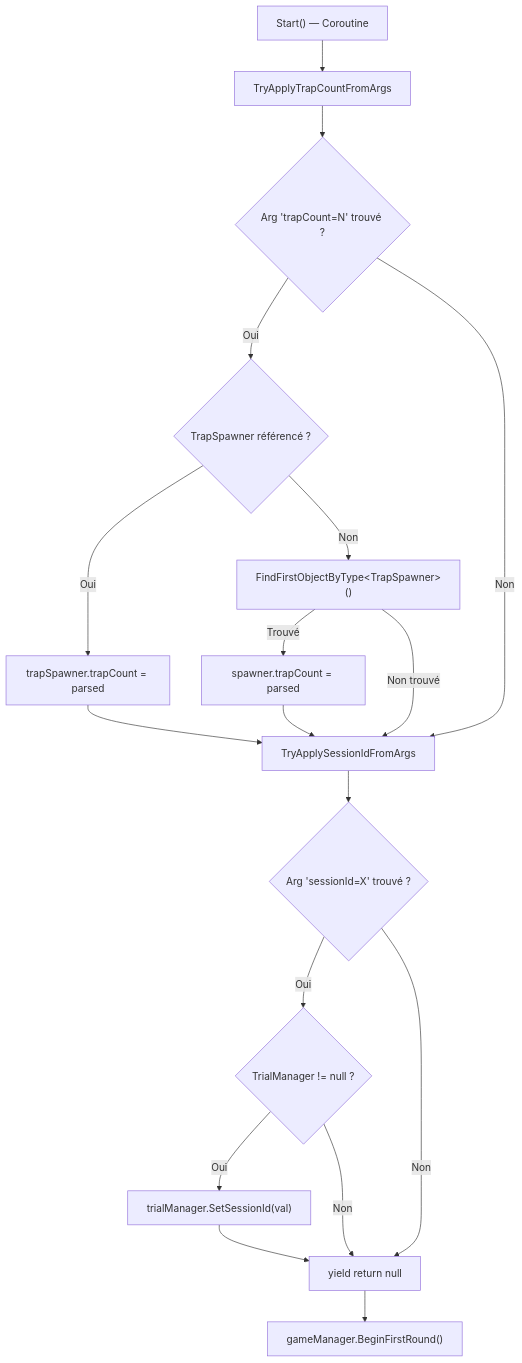
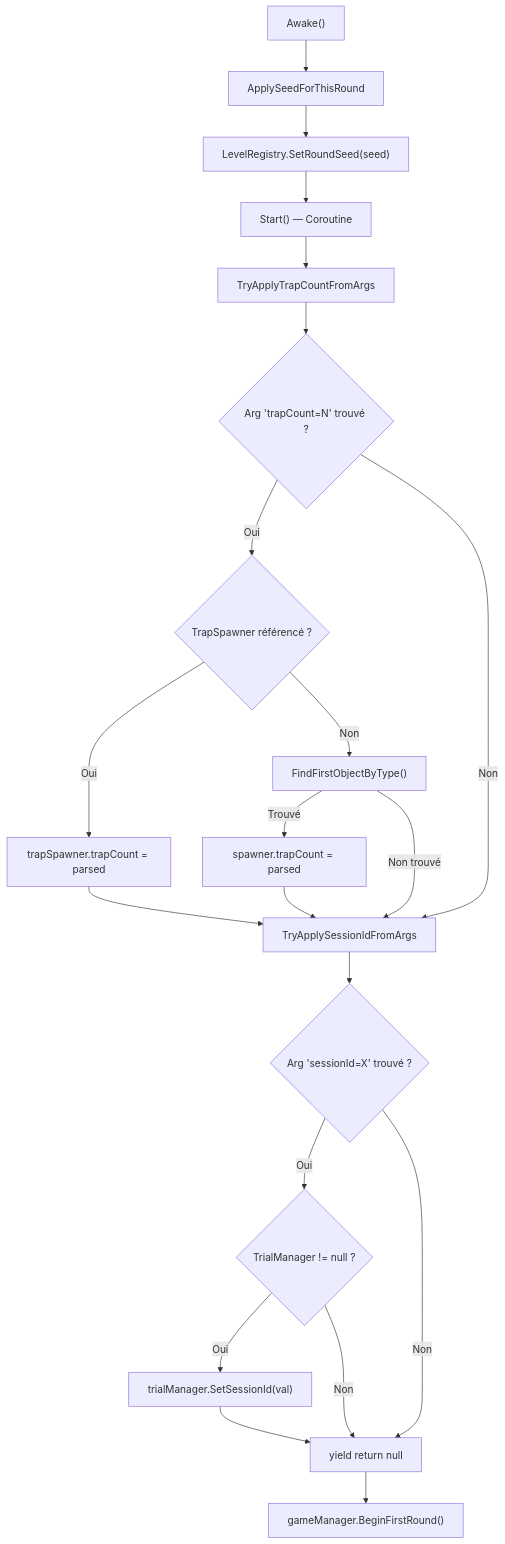
The tenth of 14 diagrams in Docs/TDD.md (PierreChagnon/BUGS), drawn with Mermaid before and after one commit. The commit also changed other lines of this file, not shown here.

````diff
--- a/Docs/TDD.md
+++ b/Docs/TDD.md
@@ -877,22 +940,25 @@
 ```mermaid
 graph TD
-    A["Start() — Coroutine"] --> B[TryApplyTrapCountFromArgs]
-    B --> C{Arg 'trapCount=N' trouvé ?}
-    C -->|Oui| D{TrapSpawner référencé ?}
-    C -->|Non| F[TryApplySessionIdFromArgs]
-    D -->|Oui| E["trapSpawner.trapCount = parsed"]
-    D -->|Non| D2["FindFirstObjectByType&lt;TrapSpawner&gt;()"]
-    D2 -->|Trouvé| E2["spawner.trapCount = parsed"]
-    D2 -->|Non trouvé| F
-    E --> F
-    E2 --> F
+    A["Awake()"] --> A1[ApplySeedForThisRound]
+    A1 --> A2["LevelRegistry.SetRoundSeed(seed)"]
+    A2 --> B["Start() — Coroutine"]
+    B --> C[TryApplyTrapCountFromArgs]
+    C --> D{Arg 'trapCount=N' trouvé ?}
+    D -->|Oui| E{TrapSpawner référencé ?}
+    D -->|Non| G[TryApplySessionIdFromArgs]
+    E -->|Oui| F["trapSpawner.trapCount = parsed"]
+    E -->|Non| E2["FindFirstObjectByType<TrapSpawner>()"]
+    E2 -->|Trouvé| F2["spawner.trapCount = parsed"]
+    E2 -->|Non trouvé| G
+    F --> G
+    F2 --> G
 
-    F --> G{Arg 'sessionId=X' trouvé ?}
-    G -->|Oui| H{TrialManager != null ?}
-    G -->|Non| I["yield return null"]
-    H -->|Oui| J["trialManager.SetSessionId(val)"]
-    H -->|Non| I
-    J --> I
+    G --> H{Arg 'sessionId=X' trouvé ?}
+    H -->|Oui| I{TrialManager != null ?}
+    H -->|Non| J["yield return null"]
+    I -->|Oui| K["trialManager.SetSessionId(val)"]
+    I -->|Non| J
+    K --> J
 
-    I --> K["gameManager.BeginFirstRound()"]
+    J --> L["gameManager.BeginFirstRound()"]
 ```
````
